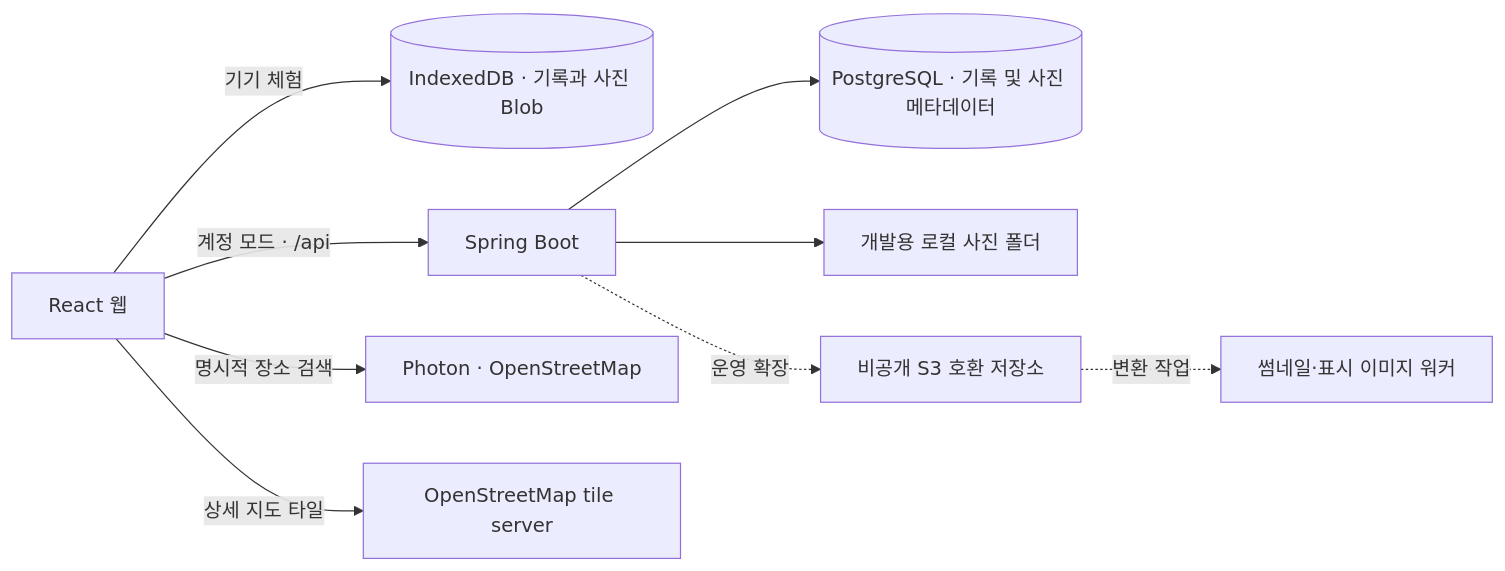
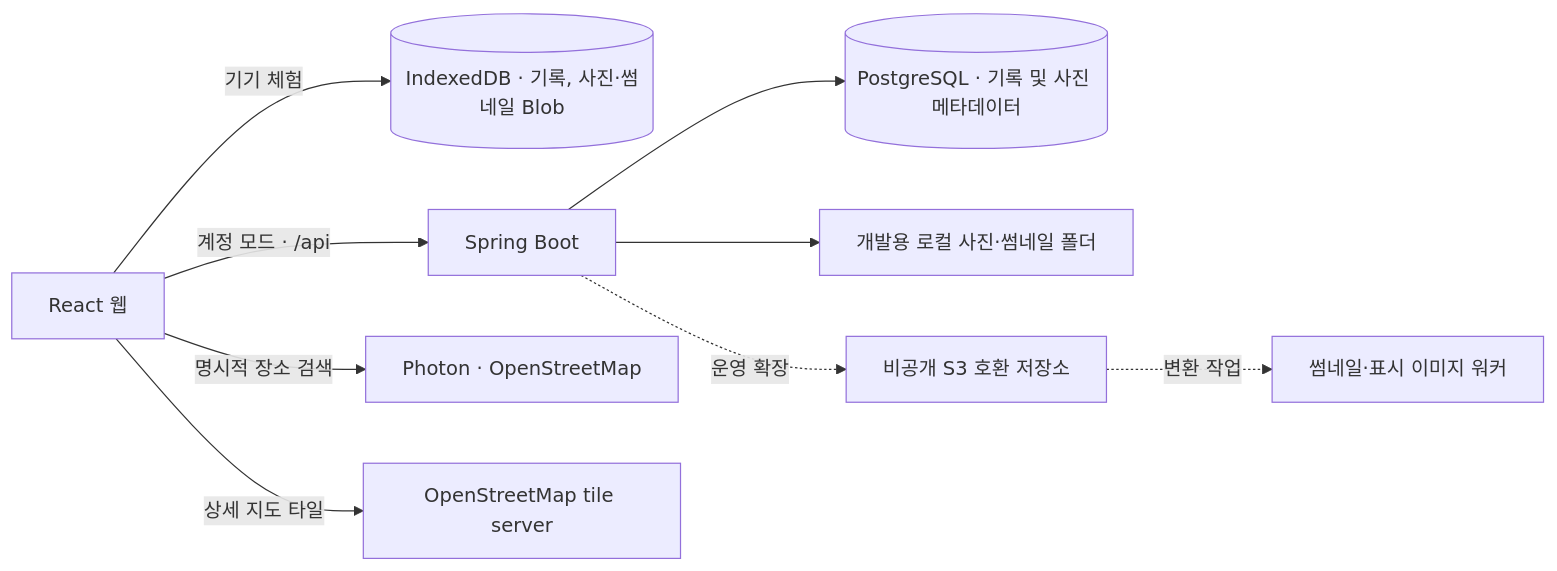
One commit to Ohhaeseo/chaeumdo changed the diagram in SYSTEM.md. Above: the diagram before and after it, drawn with Mermaid. The commit also changed other lines of this file and 18 other files, not shown here.

````diff
--- a/SYSTEM.md
+++ b/SYSTEM.md
@@ -23,11 +23,11 @@
 ```mermaid
 flowchart LR
-  R[React 웹] -->|기기 체험| I[(IndexedDB · 기록과 사진 Blob)]
+  R[React 웹] -->|기기 체험| I[(IndexedDB · 기록, 사진·썸네일 Blob)]
   R -->|계정 모드 · /api| B[Spring Boot]
   R -->|명시적 장소 검색| G[Photon · OpenStreetMap]
   R -->|상세 지도 타일| T[OpenStreetMap tile server]
   B --> P[(PostgreSQL · 기록 및 사진 메타데이터)]
-  B --> L[개발용 로컬 사진 폴더]
+  B --> L[개발용 로컬 사진·썸네일 폴더]
   B -.운영 확장.-> S[비공개 S3 호환 저장소]
   S -.변환 작업.-> W[썸네일·표시 이미지 워커]
 ```
````
